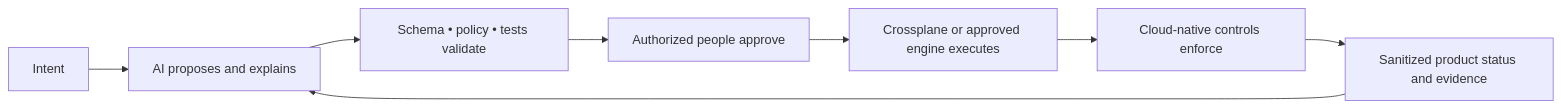
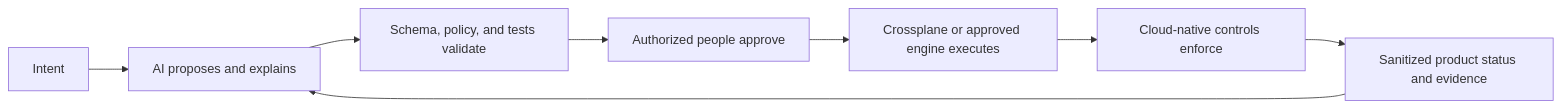
One commit to SAABOLImpactVenture/ai-powered-infrastructure-as-a-product changed the fourth of 7 diagrams in README.md. Above: the diagram before and after it, drawn with Mermaid. The commit also changed other lines of this file, not shown here.

Commit message:
docs: satisfy Mermaid lint and correct Apache license

````diff
--- a/README.md
+++ b/README.md
@@ -167,10 +167,10 @@
 ```mermaid
 flowchart LR
   INTENT[Intent] --> AIP[AI proposes and explains]
-  AIP --> DET[Schema • policy • tests validate]
+  AIP --> DET[Schema, policy, and tests validate]
   DET --> HUMAN[Authorized people approve]
   HUMAN --> EXEC[Crossplane or approved engine executes]
   EXEC --> CLOUD[Cloud-native controls enforce]
   CLOUD --> STATUS[Sanitized product status and evidence]
   STATUS --> AIP
 ```
````
